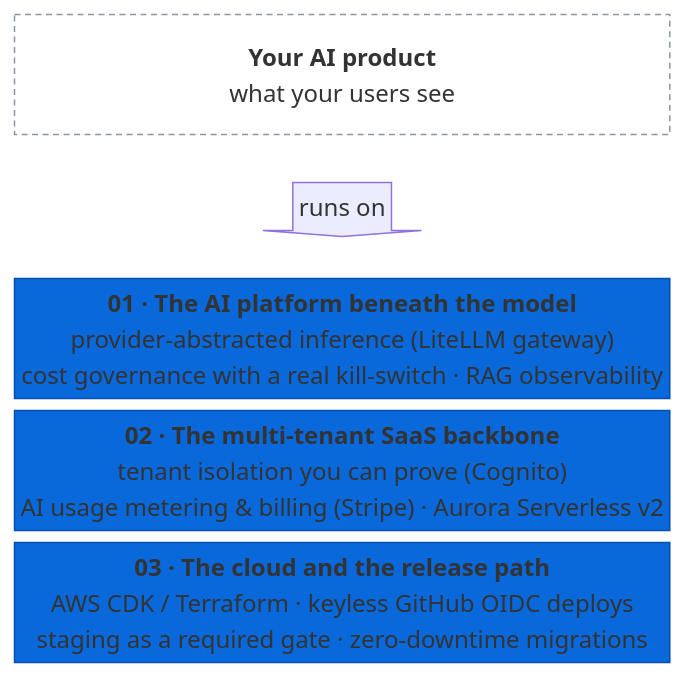
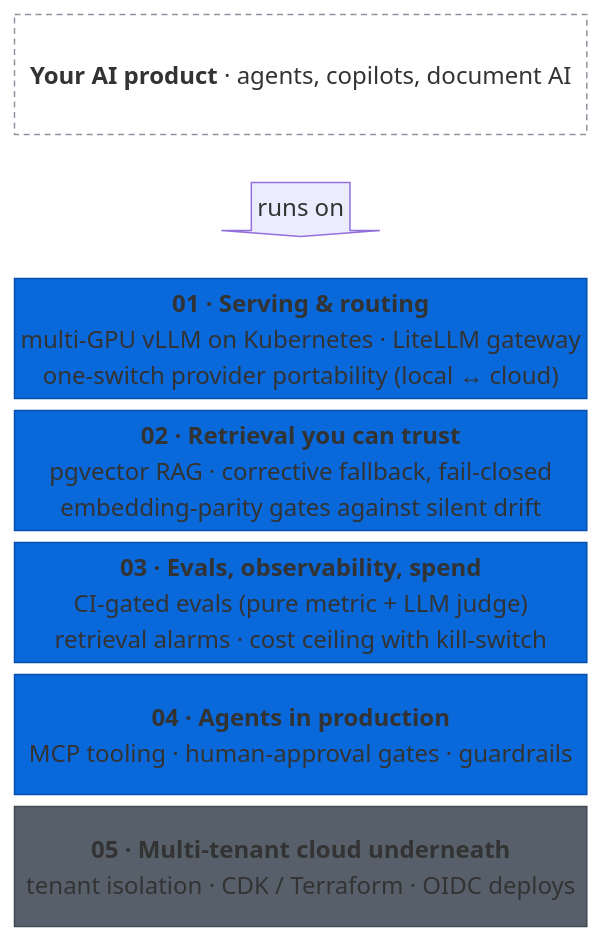
The diagram in README.md (ismailkattakath/ismailkattakath), drawn with Mermaid before and after one commit. The commit also changed other lines of this file, not shown here.

Commit message:
docs: AI platform stack, 16-year career table, label-only badges

````diff
--- a/README.md
+++ b/README.md
@@ -17,13 +14,17 @@
 ```mermaid
 block
   columns 1
-  product["<b>Your AI product</b><br/>what your users see"]
+  product["<b>Your AI product</b> · agents, copilots, document AI"]
   runs<["runs on"]>(down)
-  l1["<b>01 · The AI platform beneath the model</b><br/>provider-abstracted inference (LiteLLM gateway)<br/>cost governance with a real kill-switch · RAG observability"]
-  l2["<b>02 · The multi-tenant SaaS backbone</b><br/>tenant isolation you can prove (Cognito)<br/>AI usage metering & billing (Stripe) · Aurora Serverless v2"]
-  l3["<b>03 · The cloud and the release path</b><br/>AWS CDK / Terraform · keyless GitHub OIDC deploys<br/>staging as a required gate · zero-downtime migrations"]
+  l1["<b>01 · Serving & routing</b><br/>multi-GPU vLLM on Kubernetes · LiteLLM gateway<br/>one-switch provider portability (local ↔ cloud)"]
+  l2["<b>02 · Retrieval you can trust</b><br/>pgvector RAG · corrective fallback, fail-closed<br/>embedding-parity gates against silent drift"]
+  l3["<b>03 · Evals, observability, spend</b><br/>CI-gated evals (pure metric + LLM judge)<br/>retrieval alarms · cost ceiling with kill-switch"]
+  l4["<b>04 · Agents in production</b><br/>MCP tooling · human-approval gates · guardrails"]
+  l5["<b>05 · Multi-tenant cloud underneath</b><br/>tenant isolation · CDK / Terraform · OIDC deploys"]
   classDef mine fill:#0969da,stroke:#0550ae,color:#ffffff
+  classDef base fill:#57606a,stroke:#424a53,color:#ffffff
   classDef yours fill:none,stroke:#8c959f,stroke-dasharray:4 3
-  class l1,l2,l3 mine
+  class l1,l2,l3,l4 mine
+  class l5 base
   class product yours
 ```
````
